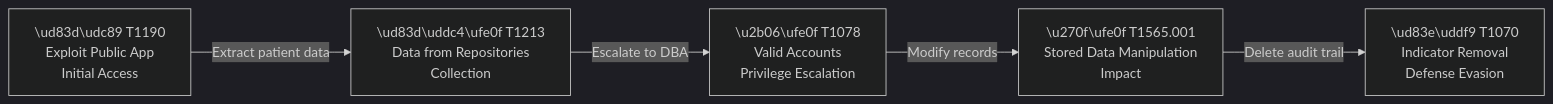
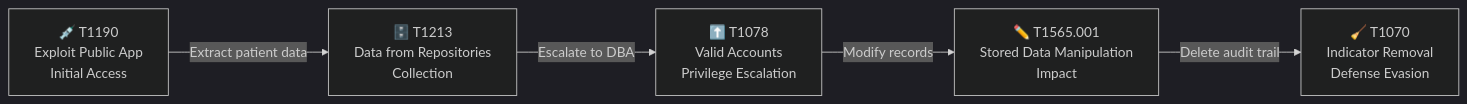
One commit to AurelienKumarathas/Complete-threat-model-for-healthcare-application changed the fourth of 5 diagrams in reports/analyses/mitre-mapping.md. Above: the diagram before and after it, drawn with Mermaid (dark theme). The commit also changed other lines of this file and 3 other files, not shown here.

````diff
--- a/reports/analyses/mitre-mapping.md
+++ b/reports/analyses/mitre-mapping.md
@@ -169,7 +169,7 @@
 ```mermaid
 flowchart LR
-    A["\ud83d\udc89 T1190\nExploit Public App\nInitial Access"] -->|Extract patient data| B["\ud83d\uddc4\ufe0f T1213\nData from Repositories\nCollection"]
-    B -->|Escalate to DBA| C["\u2b06\ufe0f T1078\nValid Accounts\nPrivilege Escalation"]
-    C -->|Modify records| D["\u270f\ufe0f T1565.001\nStored Data Manipulation\nImpact"]
-    D -->|Delete audit trail| E["\ud83e\uddf9 T1070\nIndicator Removal\nDefense Evasion"]
+    A["💉 T1190\nExploit Public App\nInitial Access"] -->|Extract patient data| B["🗄️ T1213\nData from Repositories\nCollection"]
+    B -->|Escalate to DBA| C["⬆️ T1078\nValid Accounts\nPrivilege Escalation"]
+    C -->|Modify records| D["✏️ T1565.001\nStored Data Manipulation\nImpact"]
+    D -->|Delete audit trail| E["🧹 T1070\nIndicator Removal\nDefense Evasion"]
 ```
````
